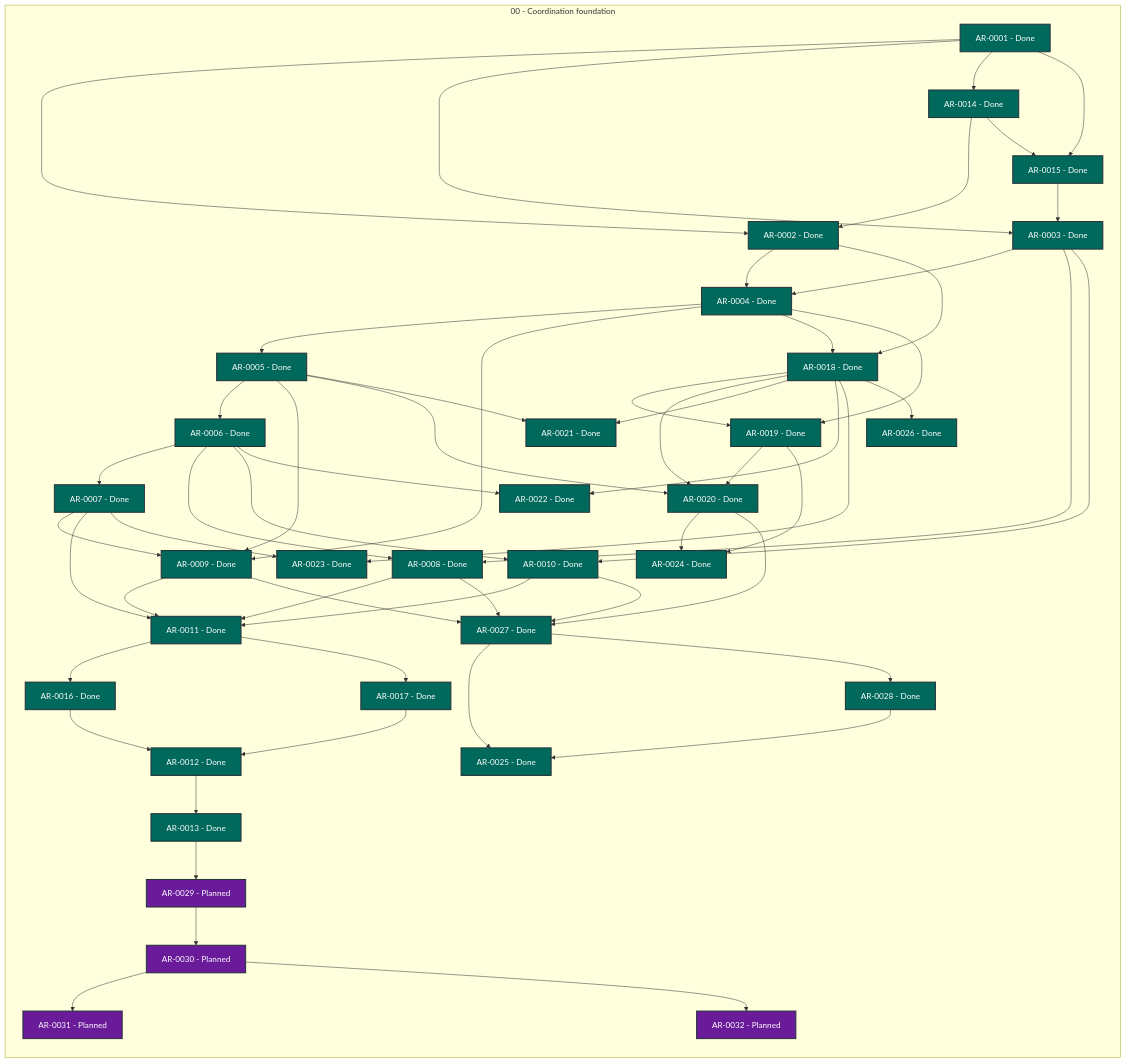
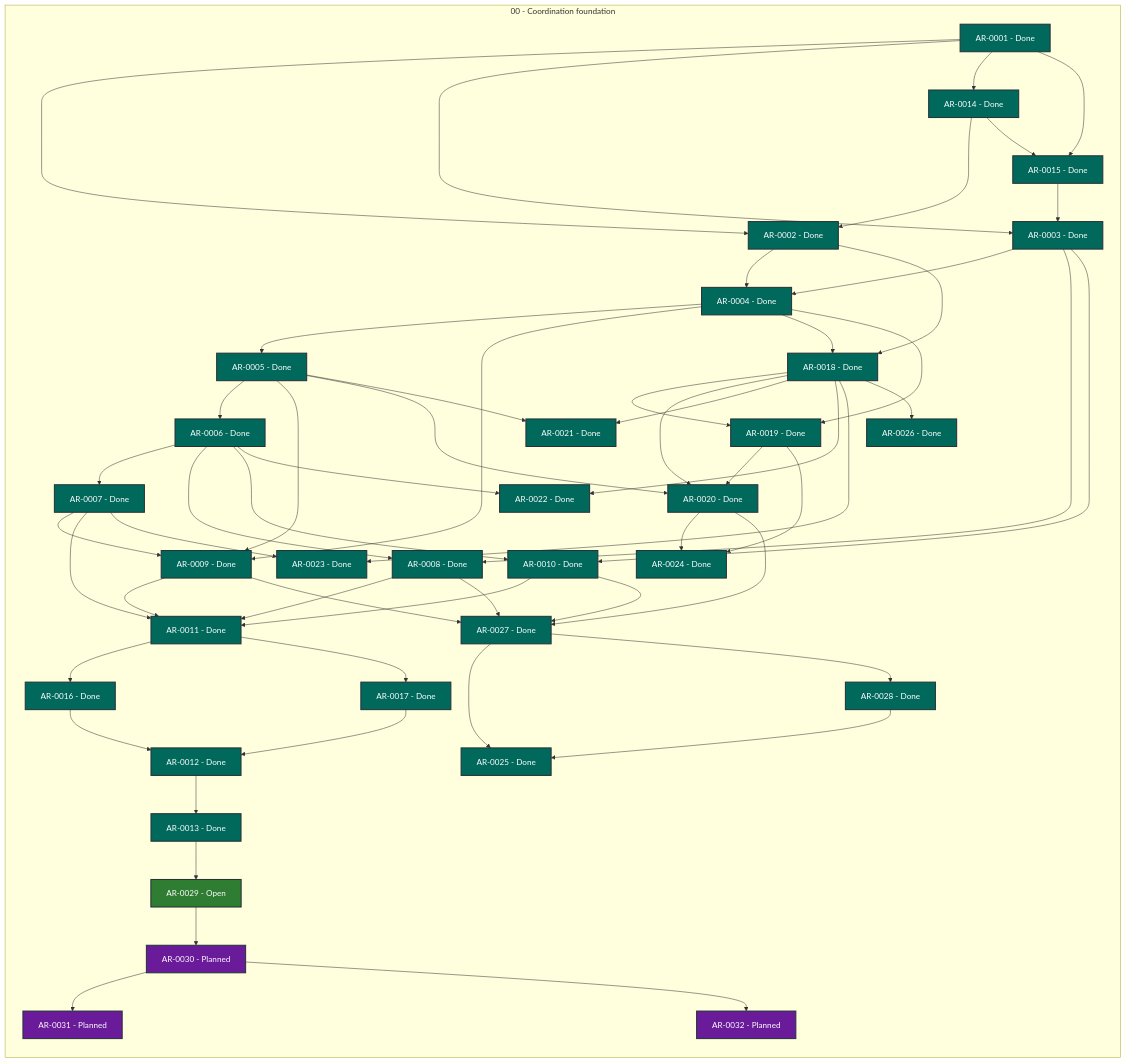
Before and after one commit to martin-beck/agent-workflow-tui-state: the diagram in STATUS.md, drawn with Mermaid. The commit also changed other lines of this file and 2 other files, not shown here.

```diff
--- a/STATUS.md
+++ b/STATUS.md
@@ -56,7 +56,7 @@
         AR_0026["AR-0026 - Done"]:::status_done
         AR_0027["AR-0027 - Done"]:::status_done
         AR_0028["AR-0028 - Done"]:::status_done
-        AR_0029["AR-0029 - Planned"]:::status_planned
+        AR_0029["AR-0029 - Open"]:::status_open
         AR_0030["AR-0030 - Planned"]:::status_planned
         AR_0031["AR-0031 - Planned"]:::status_planned
         AR_0032["AR-0032 - Planned"]:::status_planned
```
